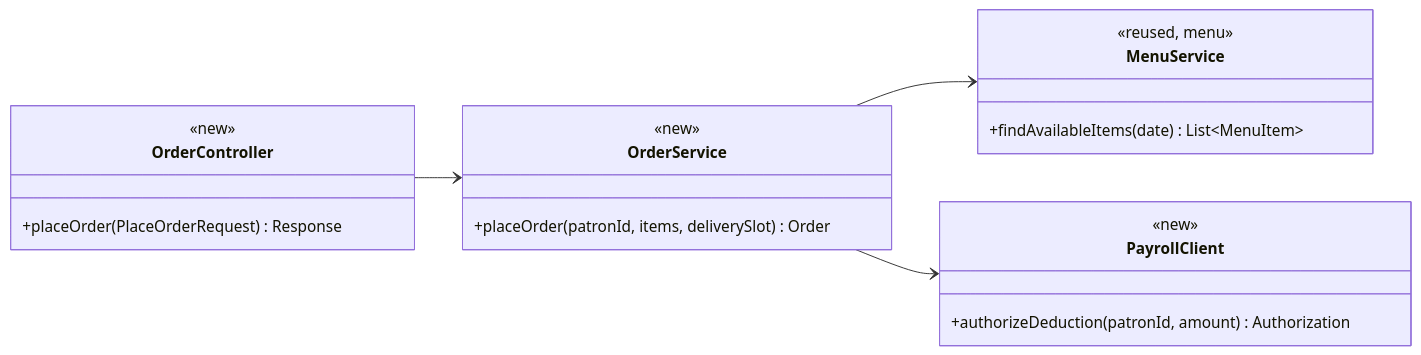
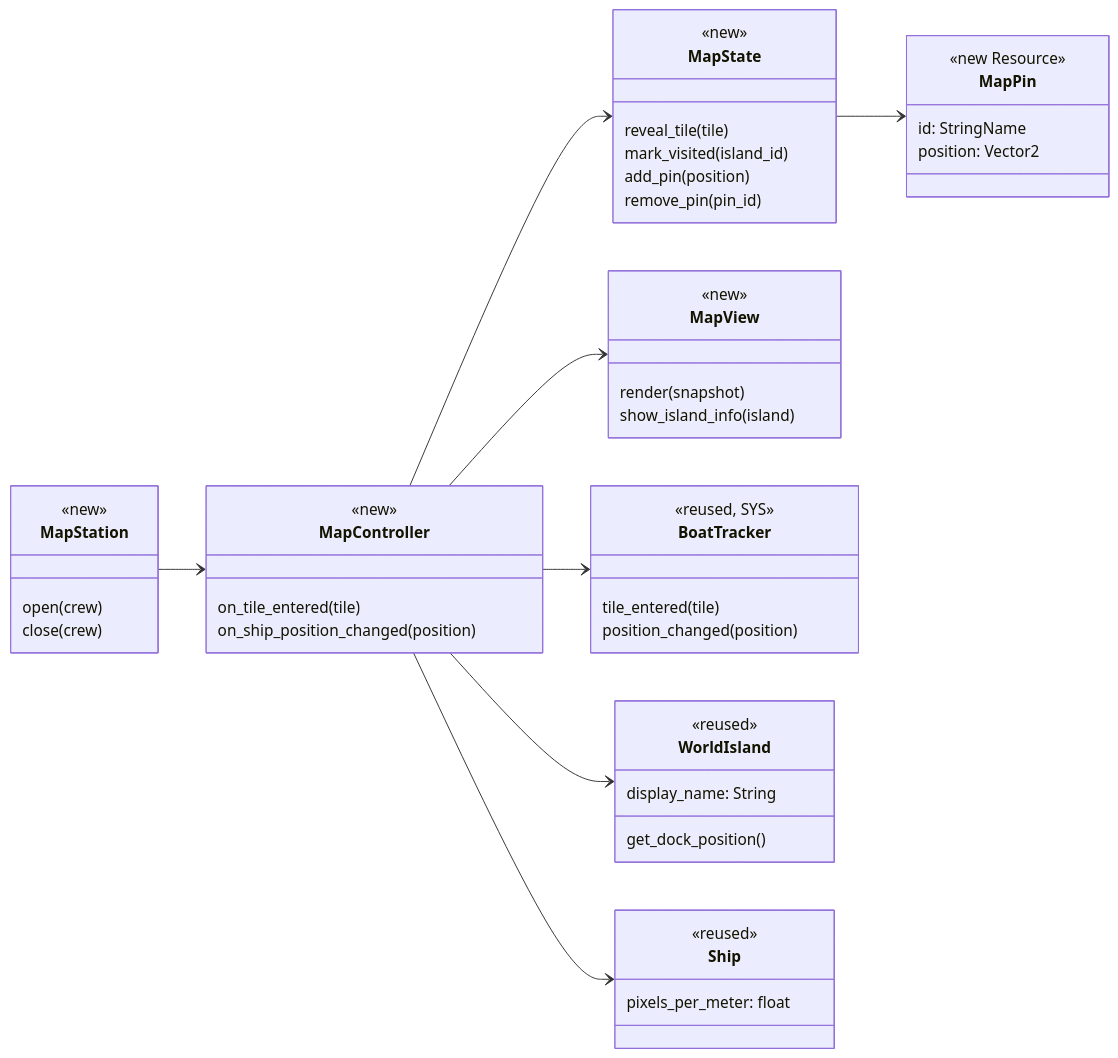
Before and after one commit to whitneyakred/gaming: the first of 6 diagrams in docs/design/MAP.md, drawn with Mermaid. The commit also changed other lines of this file and 2 other files, not shown here.

Commit message:
initial fill of map and sys md files

````diff
--- a/docs/design/MAP.md
+++ b/docs/design/MAP.md
@@ -50,23 +22,52 @@
 ```mermaid
 classDiagram
     direction LR
-    class OrderController {
+    class MapStation {
         <<new>>
-        +placeOrder(PlaceOrderRequest) Response
+        open(crew)
+        close(crew)
     }
-    class OrderService {
+    class MapController {
         <<new>>
-        +placeOrder(patronId, items, deliverySlot) Order
+        on_tile_entered(tile)
+        on_ship_position_changed(position)
     }
-    class PayrollClient {
+    class MapState {
         <<new>>
-        +authorizeDeduction(patronId, amount) Authorization
+        reveal_tile(tile)
+        mark_visited(island_id)
+        add_pin(position)
+        remove_pin(pin_id)
     }
-    class MenuService {
-        <<reused, menu>>
-        +findAvailableItems(date) List~MenuItem~
+    class MapView {
+        <<new>>
+        render(snapshot)
+        show_island_info(island)
     }
-    OrderController --> OrderService
-    OrderService --> MenuService
-    OrderService --> PayrollClient
+    class MapPin {
+        <<new Resource>>
+        id: StringName
+        position: Vector2
+    }
+    class BoatTracker {
+        <<reused, SYS>>
+        tile_entered(tile)
+        position_changed(position)
+    }
+    class WorldIsland {
+        <<reused>>
+        display_name: String
+        get_dock_position()
+    }
+    class Ship {
+        <<reused>>
+        pixels_per_meter: float
+    }
+    MapStation --> MapController
+    MapController --> MapState
+    MapController --> MapView
+    MapState --> MapPin
+    MapController --> BoatTracker
+    MapController --> WorldIsland
+    MapController --> Ship
 ```
````
